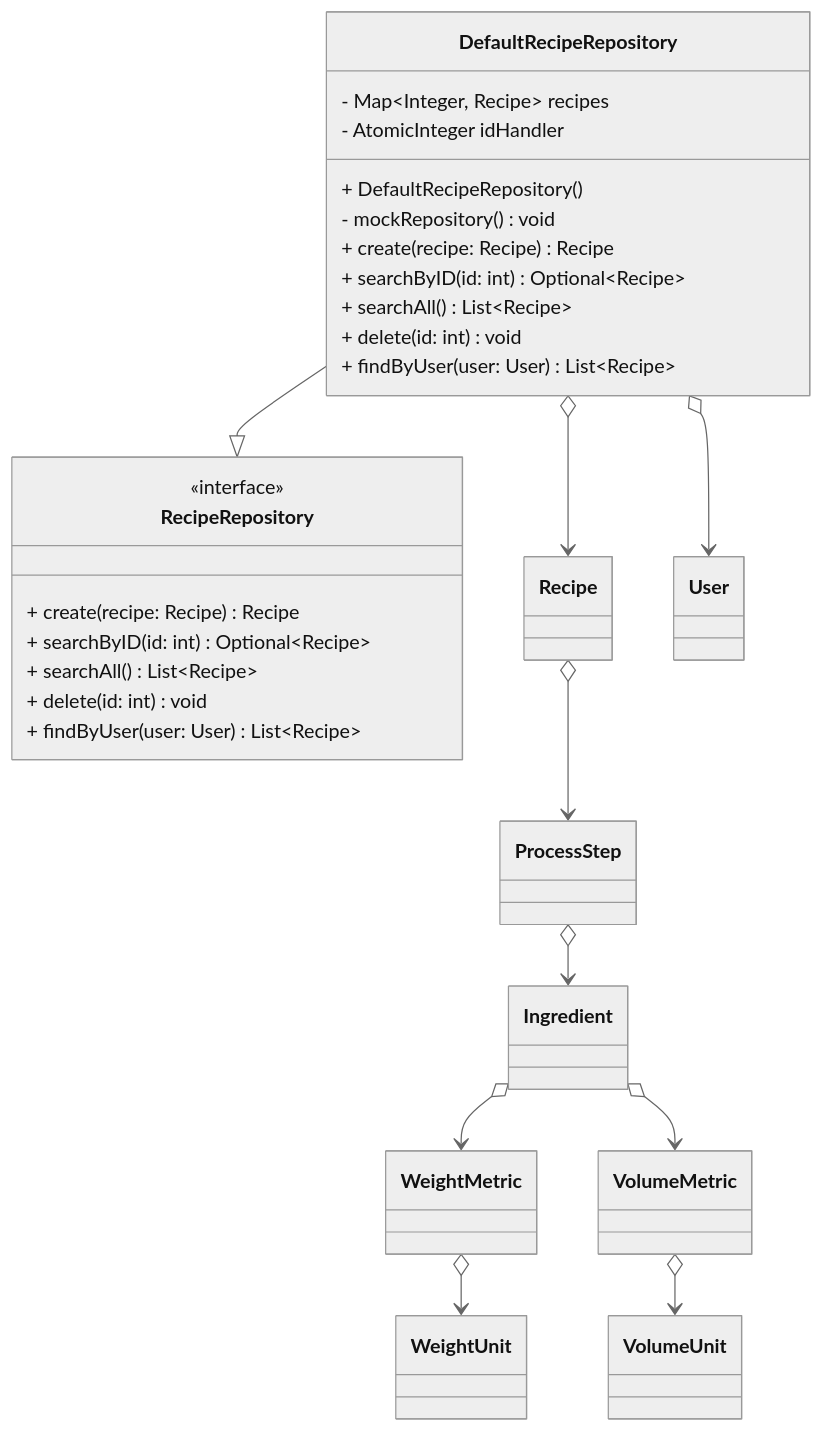
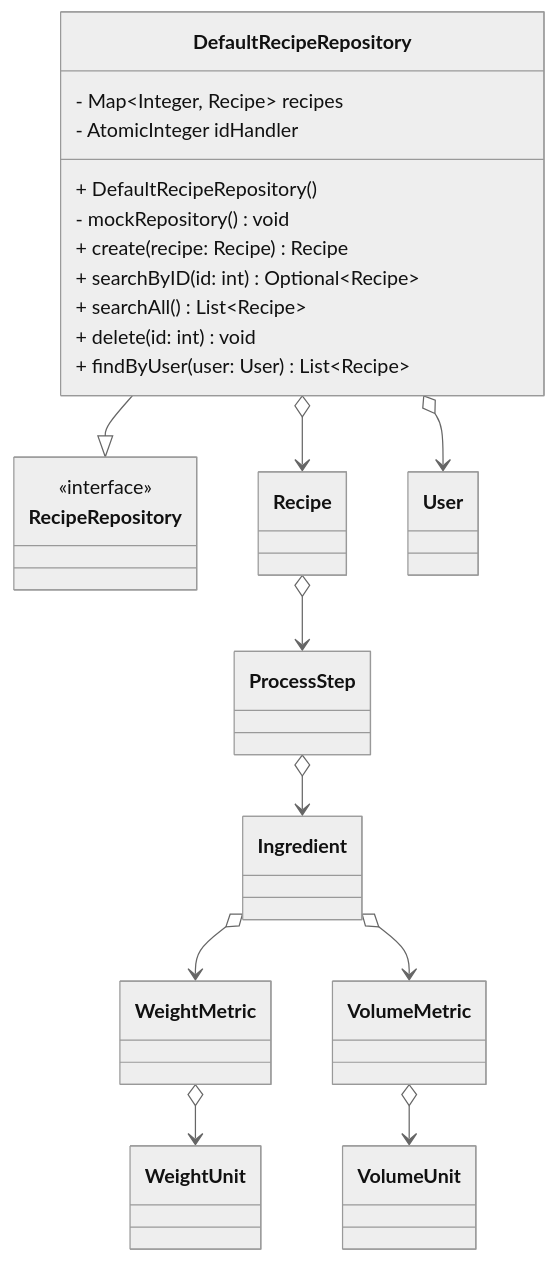
The first of 27 diagrams in README.md (mathisi/snackoverflow), drawn with Mermaid (neutral theme) before and after one commit. The commit also changed other lines of this file and 1 other file, not shown here.

````diff
--- a/README.md
+++ b/README.md
@@ -105,42 +105,37 @@
 ```mermaid
 classDiagram
     class DefaultRecipeRepository {
         - Map~Integer, Recipe~ recipes
         - AtomicInteger idHandler
         + DefaultRecipeRepository()
         - mockRepository() void
         + create(recipe: Recipe) Recipe
         + searchByID(id: int) Optional~Recipe~
         + searchAll() List~Recipe~
         + delete(id: int) void
         + findByUser(user: User) List~Recipe~
     }
     
     class RecipeRepository {
         <<interface>>
-        + create(recipe: Recipe) Recipe
-        + searchByID(id: int) Optional~Recipe~
-        + searchAll() List~Recipe~
-        + delete(id: int) void
-        + findByUser(user: User) List~Recipe~
     }
 
     class Recipe
     class User
     class Ingredient
     class ProcessStep
     class WeightMetric
     class WeightUnit
     class VolumeMetric
     class VolumeUnit
 
     DefaultRecipeRepository --|> RecipeRepository
     DefaultRecipeRepository o--> Recipe
     DefaultRecipeRepository o--> User
     Recipe o--> ProcessStep
     ProcessStep o--> Ingredient
     Ingredient o--> WeightMetric
     Ingredient o--> VolumeMetric
     WeightMetric o--> WeightUnit
     VolumeMetric o--> VolumeUnit
 ```
````
